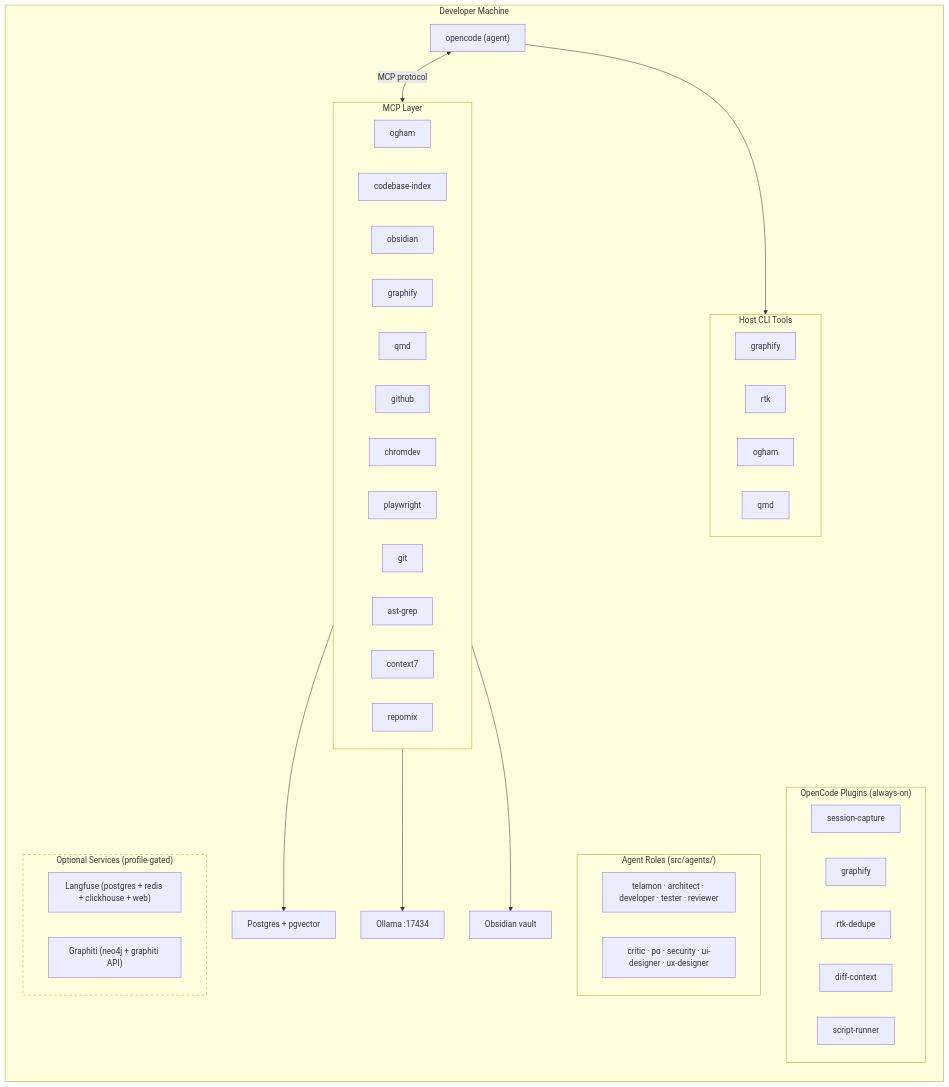
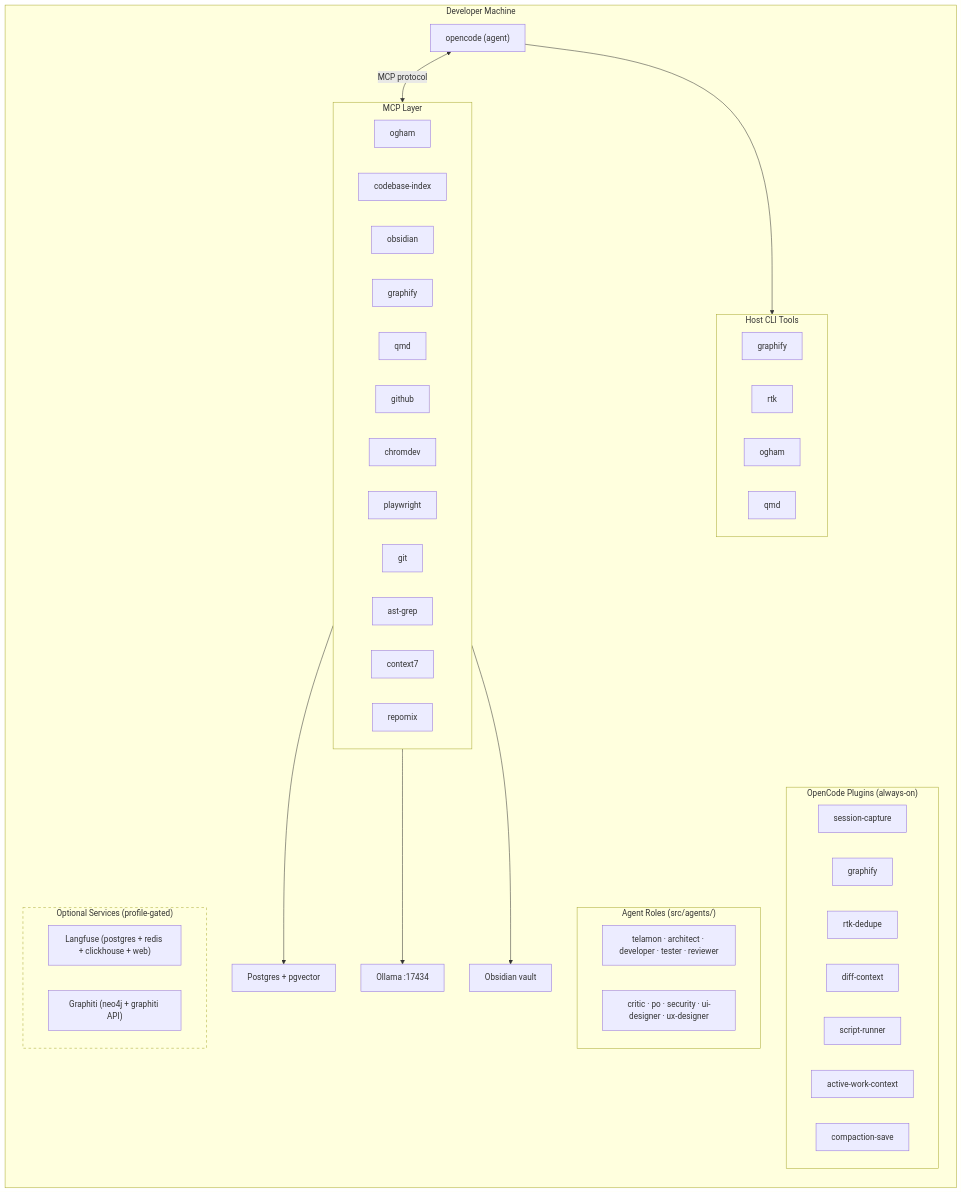
The diagram in docs/architecture.md (hgraca/telamon), drawn with Mermaid before and after one commit. The commit also changed other lines of this file and 5 other files, not shown here.

First line of the commit message:
docs: add active-work-context and compaction-save plugin documentation

````diff
--- a/docs/architecture.md
+++ b/docs/architecture.md
@@ -14,56 +14,58 @@
 ```mermaid
 flowchart TB
     subgraph dev["Developer Machine"]
         direction TB
 
         oc["opencode (agent)"] <-->|"MCP protocol"| mcp
 
         subgraph mcp["MCP Layer"]
             ogham_m["ogham"]
             cbi["codebase-index"]
             obs_m["obsidian"]
             gf_m["graphify"]
             qmd_m["qmd"]
             gh_m["github"]
             cd_m["chromdev"]
             pw_m["playwright"]
             git_m["git"]
             ag_m["ast-grep"]
             c7_m["context7"]
             rm_m["repomix"]
         end
 
         mcp --> pg["Postgres + pgvector"]
         mcp --> ol["Ollama :17434"]
         mcp --> vault["Obsidian vault"]
 
         oc --> cli
 
         subgraph cli["Host CLI Tools"]
             cli_g["graphify"]
             cli_r["rtk"]
             cli_o["ogham"]
             cli_q["qmd"]
         end
 
         subgraph plugins["OpenCode Plugins (always-on)"]
             p_sc["session-capture"]
             p_gf["graphify"]
             p_rd["rtk-dedupe"]
             p_dc["diff-context"]
             p_sr["script-runner"]
+            p_aw["active-work-context"]
+            p_cs["compaction-save"]
         end
 
         subgraph agents["Agent Roles (src/agents/)"]
             a1["telamon · architect · developer · tester · reviewer"]
             a2["critic · po · security · ui-designer · ux-designer"]
         end
 
         subgraph optional["Optional Services (profile-gated)"]
             o_lf["Langfuse (postgres + redis + clickhouse + web)"]
             o_gr["Graphiti (neo4j + graphiti API)"]
         end
     end
 
     style optional stroke-dasharray: 5 5
 ```
````
